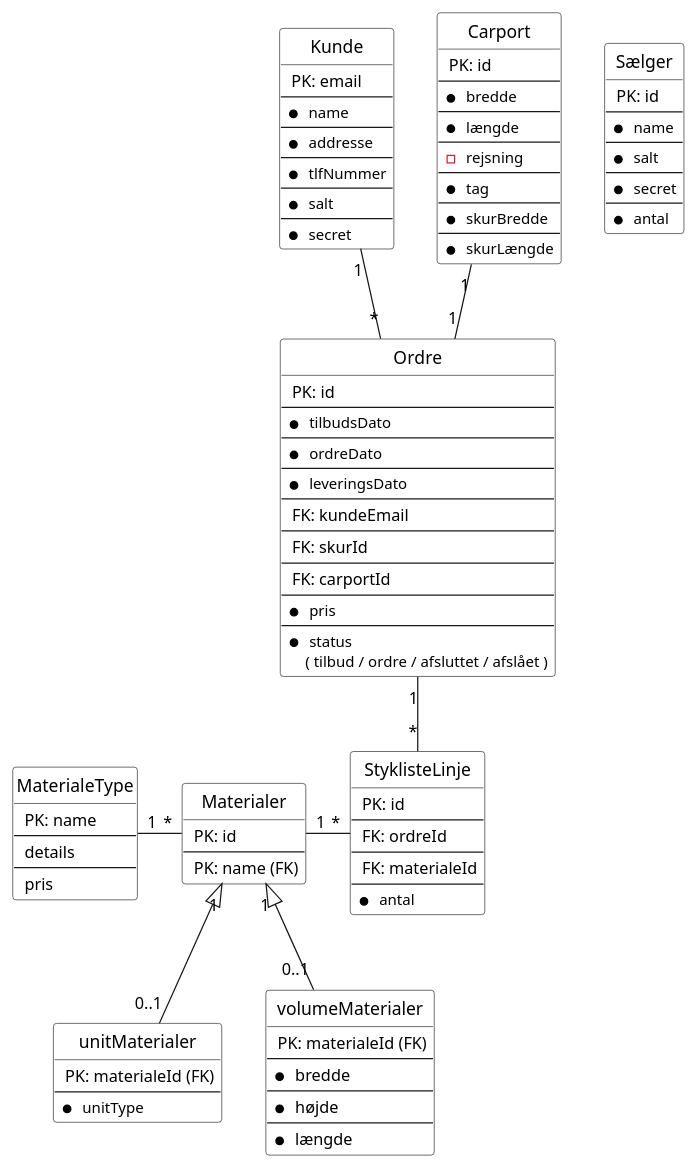
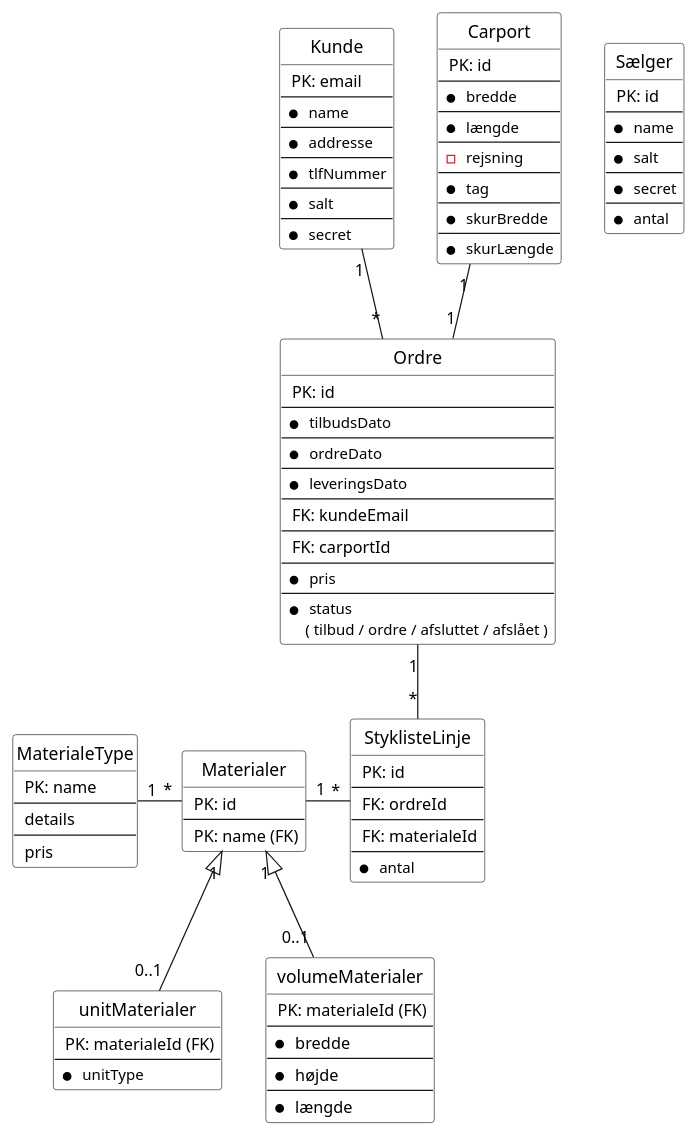
The second of 2 diagrams in src/main/Diagrammer/ER.puml (jensgelbek/Fog), drawn with PlantUML before and after one commit. The commit also changed 10 other files, not shown here.

```diff
--- a/src/main/Diagrammer/ER.puml
+++ b/src/main/Diagrammer/ER.puml
@@ -102,123 +102,121 @@
 @startuml
 
 skinparam wrapWidth 300
 
 hide circle
 hide empty members
 
 entity Kunde #White {
    <size:13> PK: email
    --
    * <size:12> name
    --
    * <size:12> addresse
    --
    * <size:12> tlfNummer
    --
    * <size:12> salt
    --
    * <size:12> secret
 }
 
 entity Carport #White {
    <size:13> PK: id
    --
    * <size:12> bredde
    --
    * <size:12> længde
    --
    - <size:12> rejsning
    --
    * <size:12> tag
    --
    * <size:12> skurBredde
    --
    * <size:12> skurLængde
 }
 
 
 entity Ordre  #White {
    <size:13> PK: id
    --
    * <size:12> tilbudsDato
    --
    * <size:12> ordreDato
    --
    * <size:12> leveringsDato
    --
    <size:13> FK: kundeEmail
-   --
-   <size:13> FK: skurId
    --
    <size:13> FK: carportId
    --
    * <size:12> pris
    --
    * <size:12> status
     <size:12>( tilbud / ordre / afsluttet / afslået )
 }
 
 entity unitMaterialer #White {
    <size:13> PK: materialeId (FK)
    --
    * <size:12> unitType
 }
 
 entity volumeMaterialer #White {
    <size:13> PK: materialeId (FK)
    --
    * <size:13> bredde
    --
    * <size:13> højde
    --
    * <size:13> længde
 }
 
 entity Materialer #White {
    <size:13> PK: id
    --
    <size:13> PK: name (FK)
  }
 
 entity MaterialeType #White {
  <size:13> PK: name
  --
  <size:13> details
  --
  <size:13> pris
 }
 
 entity StyklisteLinje #White {
    <size:13> PK: id
    --
   <size:13> FK: ordreId
    --
    <size:13> FK: materialeId
    --
    * <size:12> antal
 }
 
 entity Sælger #White {
    <size:13> PK: id
    --
    * <size:12> name
    --
    * <size:12> salt
    --
    * <size:12> secret
    --
    * <size:12> antal
 }
 
 
 
 
 Kunde "1" -- "*" Ordre
 
 Carport "1" -- "1" Ordre
 Ordre "1" -- "*" StyklisteLinje
 Materialer "1" - "*" StyklisteLinje
 Materialer "1" <|-- "0..1" volumeMaterialer
 Materialer "1" <|-- "0..1" unitMaterialer
 MaterialeType "1" - "*" Materialer
 @enduml
```
